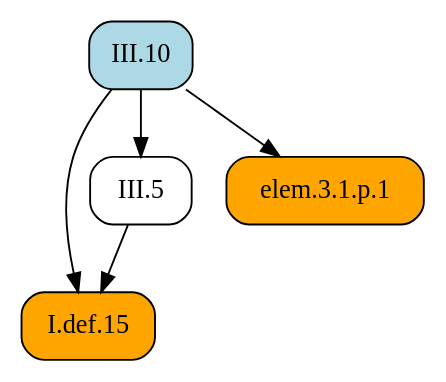
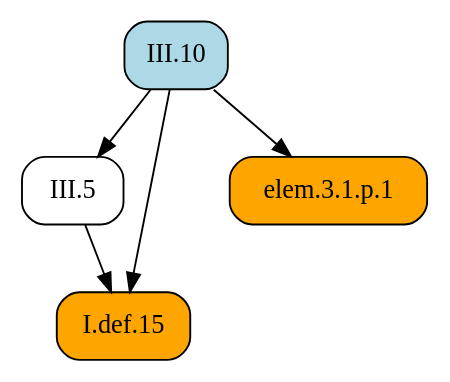
The diagram in docsrc/elements2/III/10/index.rst (geometor/elements), drawn with Graphviz before and after one commit. The commit also changed other lines of this file and 409 other files, not shown here.

First line of the commit message:
feat: Add image cropping and graphic extraction script

```diff
--- a/docsrc/elements2/III/10/index.rst
+++ b/docsrc/elements2/III/10/index.rst
@@ -65,14 +65,14 @@
 .. graphviz::
 
    digraph {
      rankdir="TB";
      node [shape=box, style=rounded];
+     "III.5" [URL="/elements2/III/5/", target="_top"];
      "I.def.15" [style="rounded,filled", fillcolor=orange, URL="/elements2/I/def.15/", target="_top"];
-     "III.5" [URL="/elements2/III/5/", target="_top"];
+     "elem.3.1.p.1" [style="rounded,filled", fillcolor=orange];
      "III.10" [style="rounded,filled", fillcolor=lightblue, URL="/elements2/III/10/", target="_top"];
-     "elem.3.1.p.1" [style="rounded,filled", fillcolor=orange];
+     "III.10" -> "III.5";
      "III.5" -> "I.def.15";
      "III.10" -> "I.def.15";
-     "III.10" -> "III.5";
      "III.10" -> "elem.3.1.p.1";
    }
```
